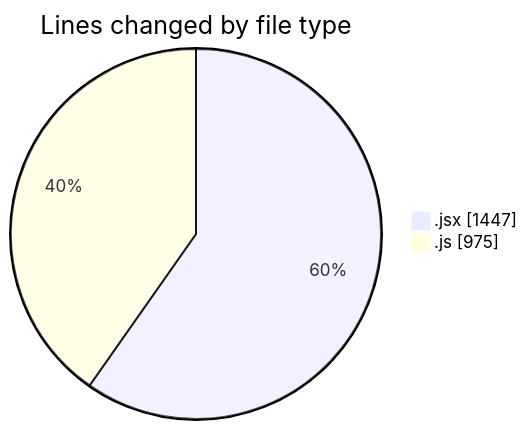
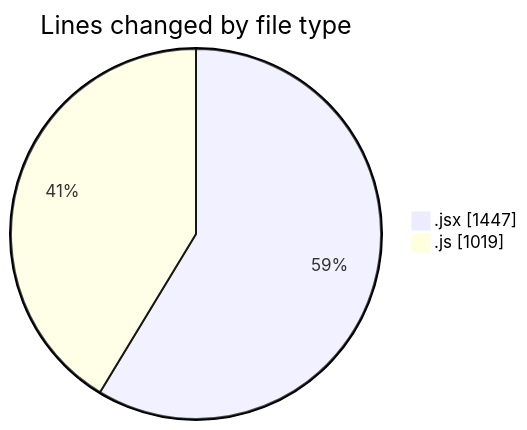
Before and after one commit to nxtqubesakshisongat/code-tracking: the first of 2 diagrams in 2025-09-15/nxtqube_webapp/README.md, drawn with Mermaid. The commit also changed other lines of this file and 1 other file, not shown here.

````diff
--- a/2025-09-15/nxtqube_webapp/README.md
+++ b/2025-09-15/nxtqube_webapp/README.md
@@ -22,6 +22,6 @@
 ```mermaid
 pie showData
 title Lines changed by file type
 ".jsx" : 1447
-".js" : 975
+".js" : 1019
 ```
````
